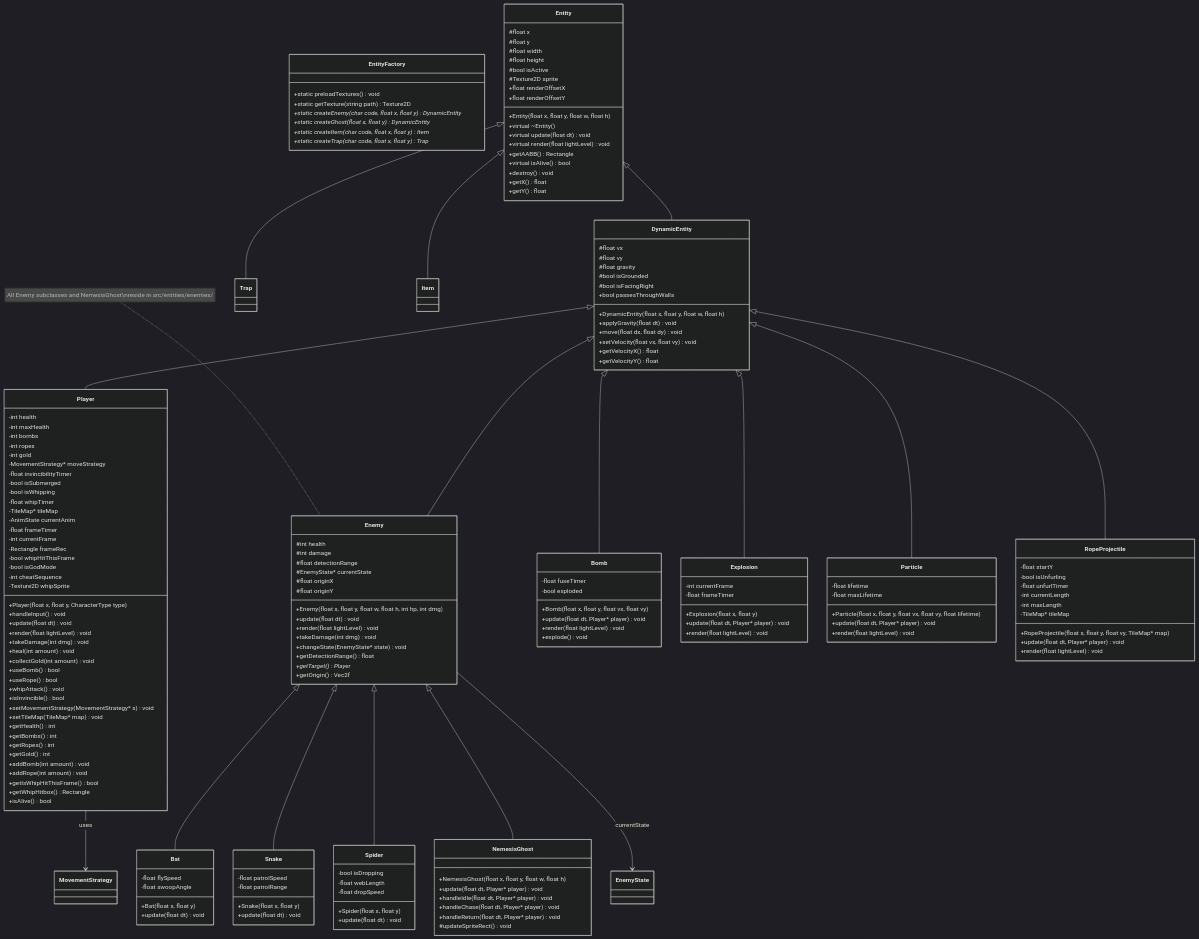
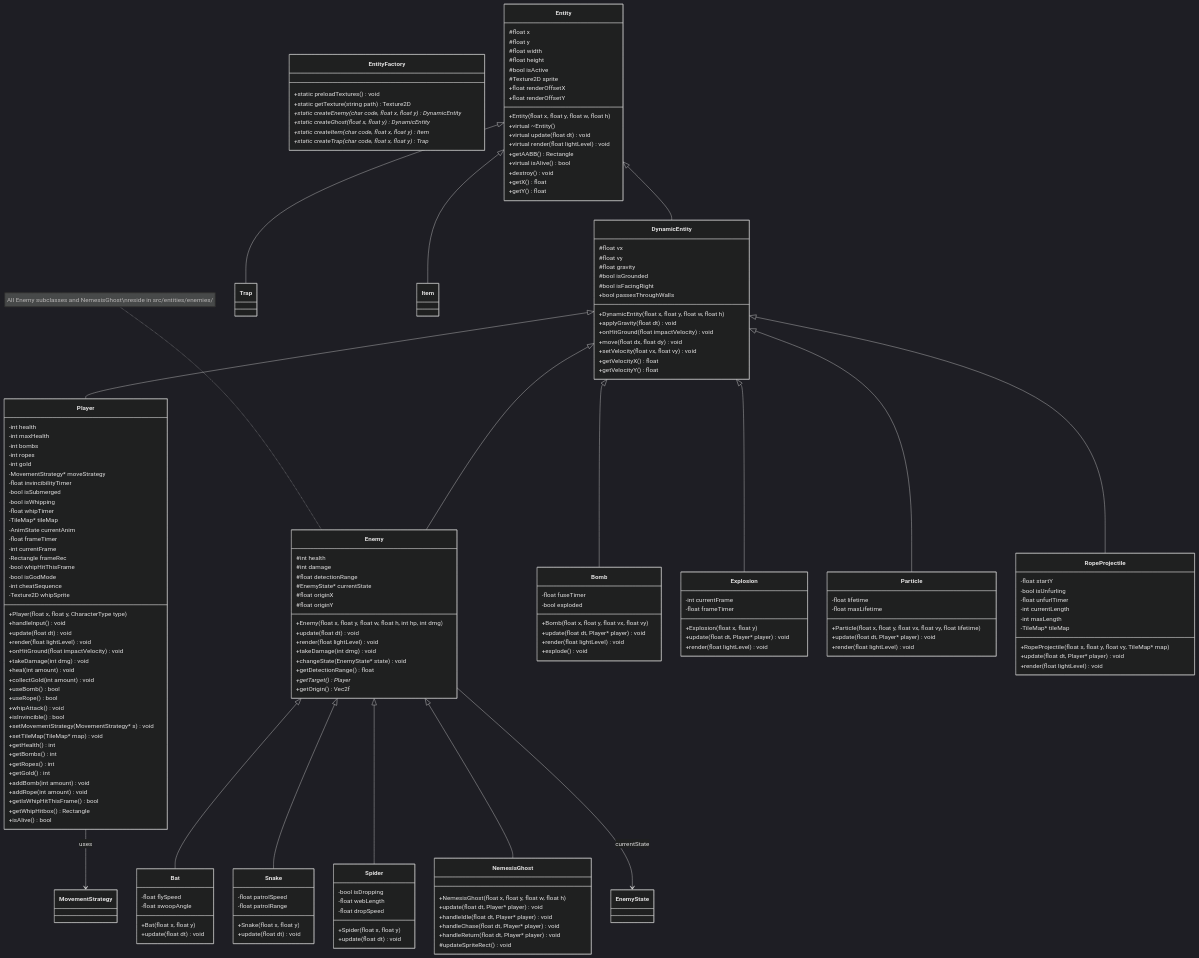
Before and after one commit to Gasmask-Chan/CS202-Cavern-Descent: the second of 8 diagrams in project_plan.md, drawn with Mermaid (dark theme). The commit also changed other lines of this file, not shown here.

```diff
--- a/project_plan.md
+++ b/project_plan.md
@@ -597,6 +608,7 @@
         +bool passesThroughWalls
         +DynamicEntity(float x, float y, float w, float h)
         +applyGravity(float dt) void
+        +onHitGround(float impactVelocity) void
         +move(float dx, float dy) void
         +setVelocity(float vx, float vy) void
         +getVelocityX() float
@@ -627,6 +639,7 @@
         +handleInput() void
         +update(float dt) void
         +render(float lightLevel) void
+        +onHitGround(float impactVelocity) void
         +takeDamage(int dmg) void
         +heal(int amount) void
         +collectGold(int amount) void
```
